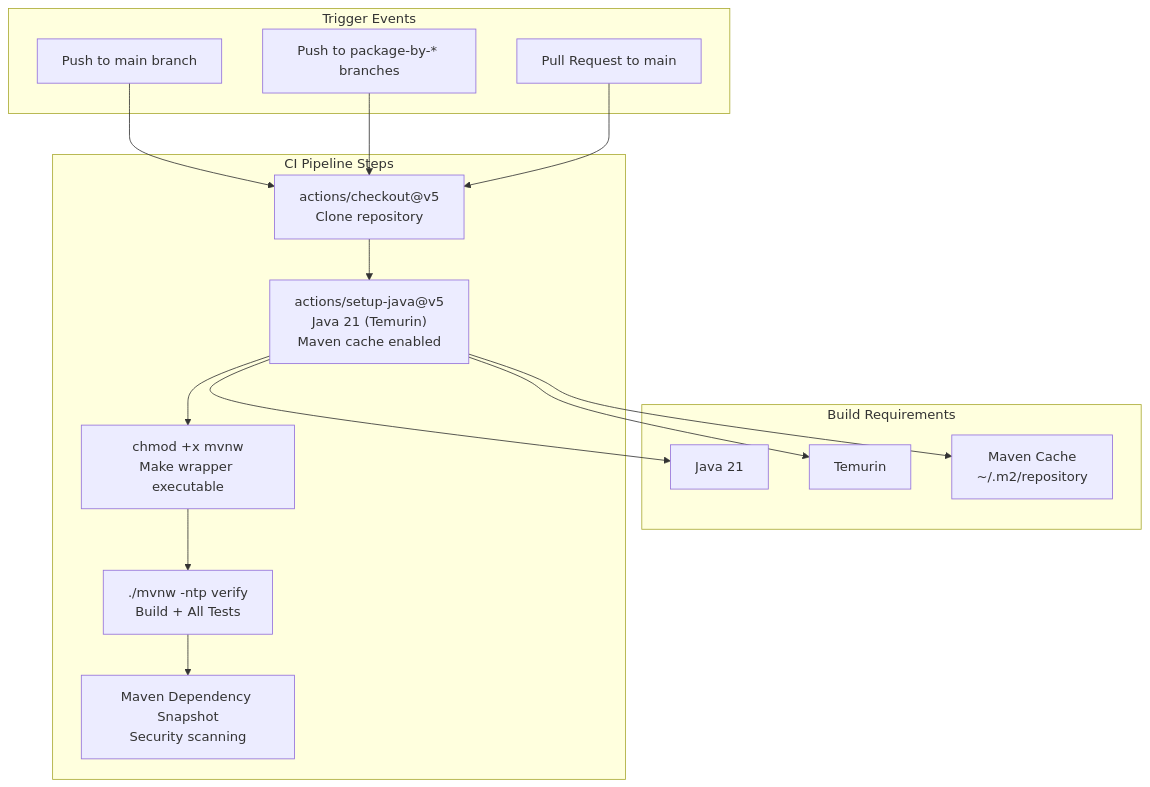
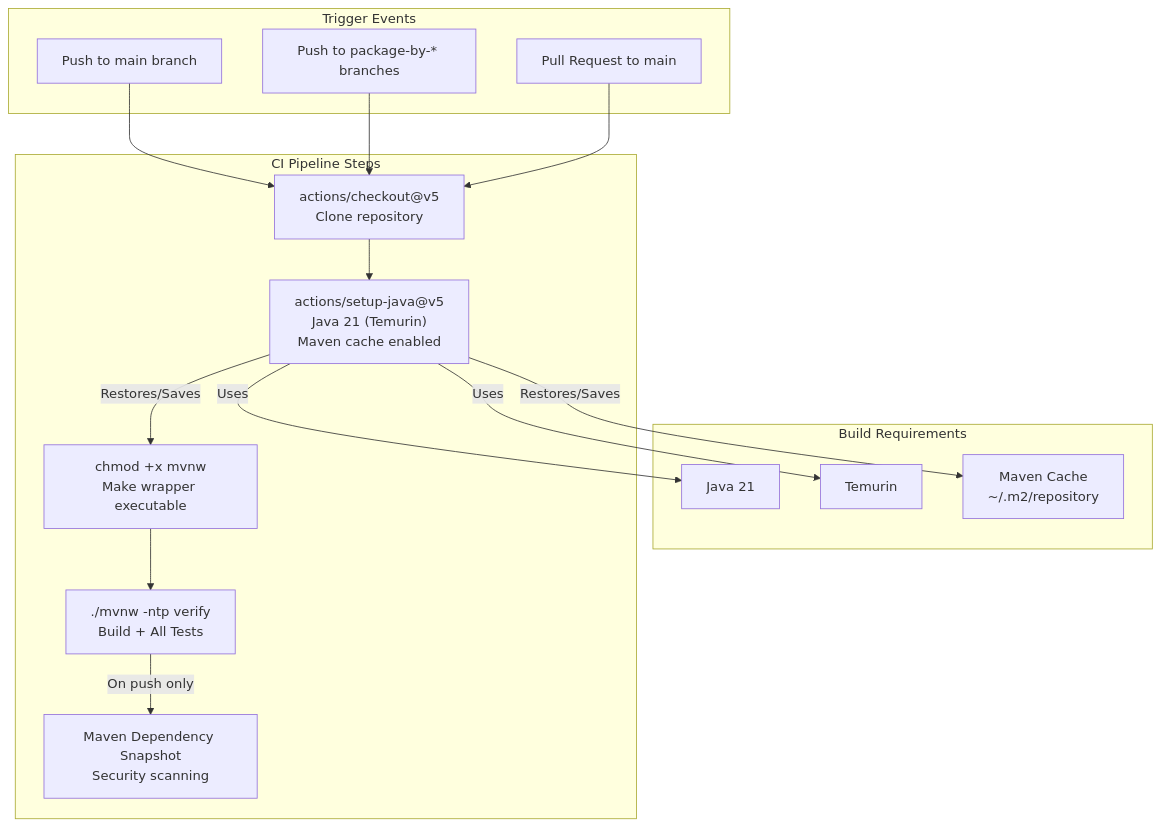
The fourth of 4 diagrams in docs/deepwiki/Building-and-Testing.md (philipz/spring-modular-monolith), drawn with Mermaid before and after one commit. The commit also changed other lines of this file and 55 other files, not shown here.

````diff
--- a/docs/deepwiki/Building-and-Testing.md
+++ b/docs/deepwiki/Building-and-Testing.md
@@ -335,46 +335,46 @@
 ```mermaid
 flowchart TD
 
 PushMain["Push to main branch"]
 PushFeature["Push to package-by-* branches"]
 PullRequest["Pull Request to main"]
 Checkout["actions/checkout@v5<br>Clone repository"]
 SetupJava["actions/setup-java@v5<br>Java 21 (Temurin)<br>Maven cache enabled"]
 MakeExecutable["chmod +x mvnw<br>Make wrapper executable"]
 Build["./mvnw -ntp verify<br>Build + All Tests"]
 DepSubmit["Maven Dependency Snapshot<br>Security scanning"]
 JavaVersion["Java 21"]
 Distribution["Temurin"]
 Cache["Maven Cache<br>~/.m2/repository"]
 
 PushMain --> Checkout
 PushFeature --> Checkout
 PullRequest --> Checkout
-SetupJava --> JavaVersion
-SetupJava --> Distribution
-SetupJava --> Cache
+SetupJava -->|"Uses"| JavaVersion
+SetupJava -->|"Uses"| Distribution
+SetupJava -->|"Restores/Saves"| Cache
 
 subgraph subGraph2 ["Build Requirements"]
     JavaVersion
     Distribution
     Cache
 end
 
 subgraph subGraph1 ["CI Pipeline Steps"]
     Checkout
     SetupJava
     MakeExecutable
     Build
     DepSubmit
     Checkout --> SetupJava
-    SetupJava --> MakeExecutable
+    SetupJava -->|"Restores/Saves"| MakeExecutable
     MakeExecutable --> Build
-    Build --> DepSubmit
+    Build -->|"On push only"| DepSubmit
 end
 
 subgraph subGraph0 ["Trigger Events"]
     PushMain
     PushFeature
     PullRequest
 end
 ```
````
